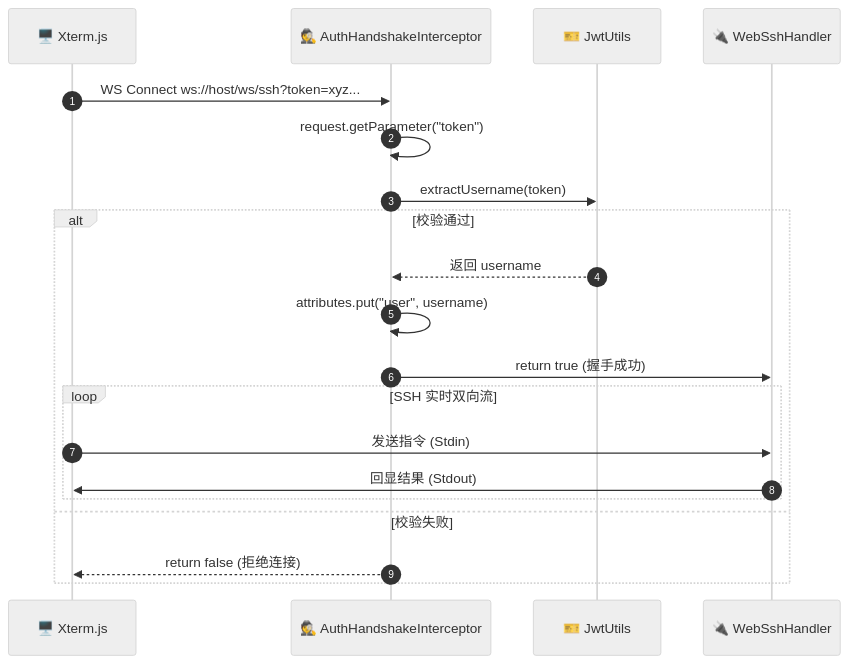
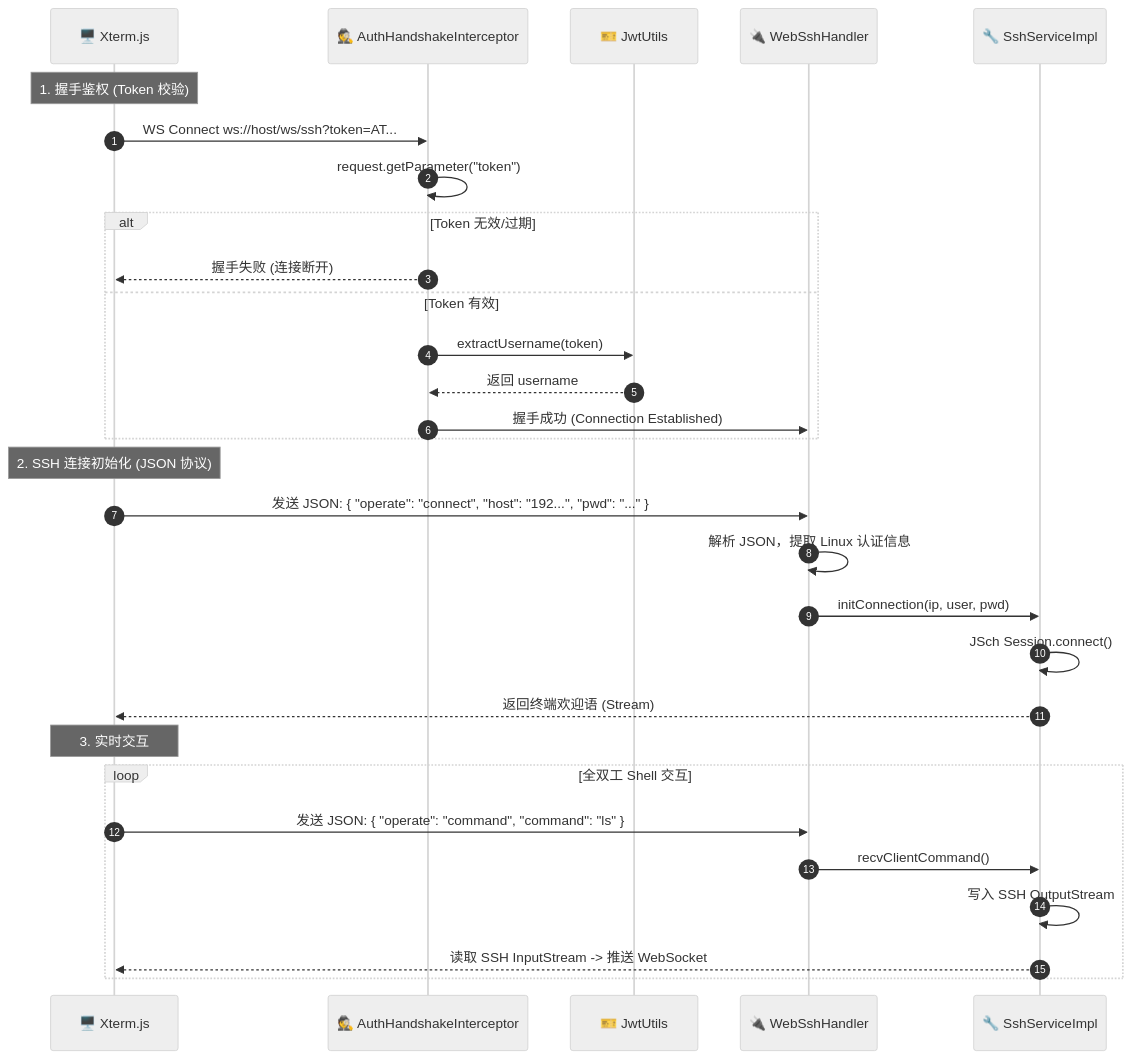
Before and after one commit to ouyangxu66/GraduationProject-ServerMonitor: the third of 3 diagrams in monitor-project/SECURITY.md, drawn with Mermaid (neutral theme). The commit also changed other lines of this file and 4 other files, not shown here.

````diff
--- a/monitor-project/SECURITY.md
+++ b/monitor-project/SECURITY.md
@@ -103,25 +111,36 @@
 ```mermaid
 sequenceDiagram
     autonumber
     participant Xterm as 🖥️ Xterm.js
     participant Interceptor as 🕵️ AuthHandshakeInterceptor
     participant JWT as 🎫 JwtUtils
     participant Handler as 🔌 WebSshHandler
+    participant Service as 🔧 SshServiceImpl
 
-    Xterm->>Interceptor: WS Connect ws://host/ws/ssh?token=xyz...
+    Note over Xterm: 1. 握手鉴权 (Token 校验)
+    Xterm->>Interceptor: WS Connect ws://host/ws/ssh?token=AT...
     Interceptor->>Interceptor: request.getParameter("token")
-    Interceptor->>JWT: extractUsername(token)
     
-    alt 校验通过
+    alt Token 无效/过期
+        Interceptor-->>Xterm: 握手失败 (连接断开)
+    else Token 有效
+        Interceptor->>JWT: extractUsername(token)
         JWT-->>Interceptor: 返回 username
-        Interceptor->>Interceptor: attributes.put("user", username)
-        Interceptor->>Handler: return true (握手成功)
-        
-        loop SSH 实时双向流
-            Xterm->>Handler: 发送指令 (Stdin)
-            Handler->>Xterm: 回显结果 (Stdout)
-        end
-    else 校验失败
-        Interceptor-->>Xterm: return false (拒绝连接)
+        Interceptor->>Handler: 握手成功 (Connection Established)
+    end
+
+    Note over Xterm: 2. SSH 连接初始化 (JSON 协议)
+    Xterm->>Handler: 发送 JSON: { "operate": "connect", "host": "192...", "pwd": "..." }
+    Handler->>Handler: 解析 JSON，提取 Linux 认证信息
+    Handler->>Service: initConnection(ip, user, pwd)
+    Service->>Service: JSch Session.connect()
+    Service-->>Xterm: 返回终端欢迎语 (Stream)
+
+    Note over Xterm: 3. 实时交互
+    loop 全双工 Shell 交互
+        Xterm->>Handler: 发送 JSON: { "operate": "command", "command": "ls" }
+        Handler->>Service: recvClientCommand()
+        Service->>Service: 写入 SSH OutputStream
+        Service-->>Xterm: 读取 SSH InputStream -> 推送 WebSocket
     end
 ```
````
